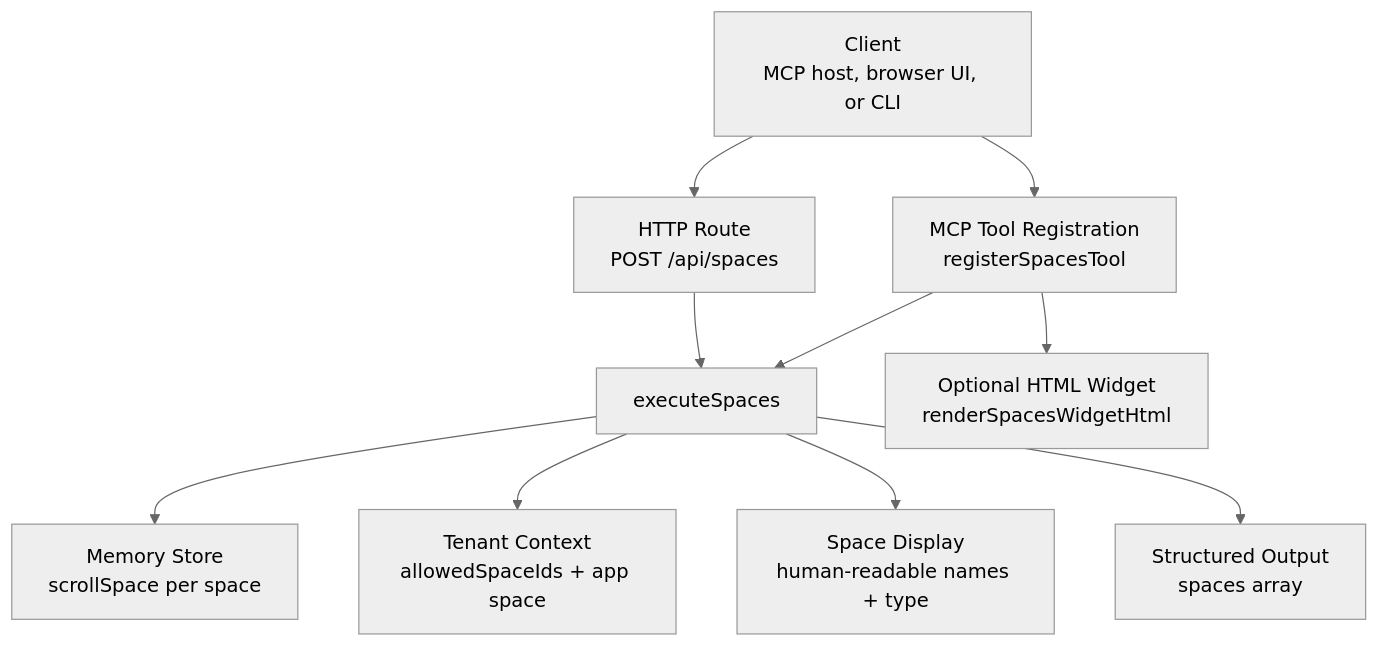
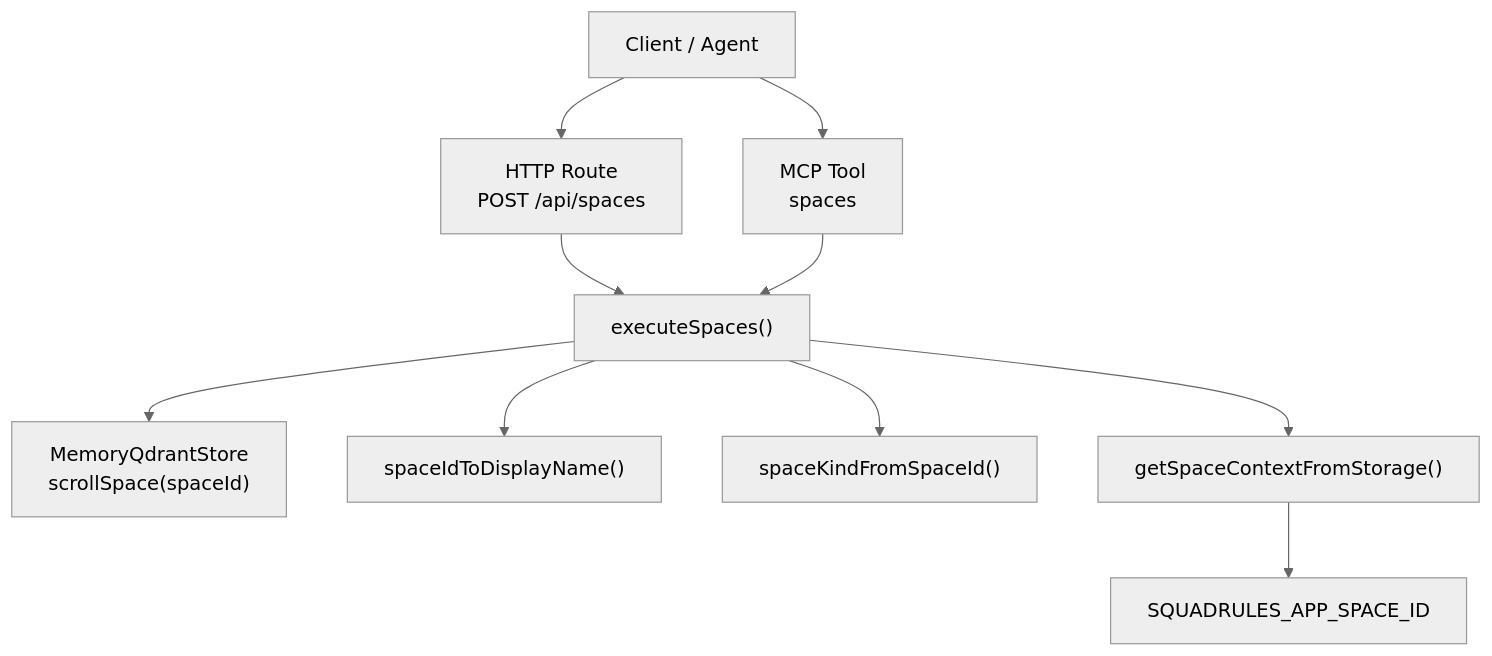
Before and after one commit to SquadRules/mcp: the first of 5 diagrams in .qoder/repowiki/en/content/MCP Tools Reference/Spaces Tool.md, drawn with Mermaid (neutral theme). The commit also changed other lines of this file and 553 other files, not shown here.

````diff
--- a/.qoder/repowiki/en/content/MCP Tools Reference/Spaces Tool.md
+++ b/.qoder/repowiki/en/content/MCP Tools Reference/Spaces Tool.md
@@ -53,12 +44,12 @@
 ```mermaid
 graph TB
-Client["Client<br/>MCP host, browser UI, or CLI"] --> MCP["MCP Tool Registration<br/>registerSpacesTool"]
-Client --> HTTP["HTTP Route<br/>POST /api/spaces"]
-MCP --> Execute["executeSpaces"]
-HTTP --> Execute
-Execute --> Store["Memory Store<br/>scrollSpace per space"]
-Execute --> Context["Tenant Context<br/>allowedSpaceIds + app space"]
-Execute --> Display["Space Display<br/>human-readable names + type"]
-Execute --> Output["Structured Output<br/>spaces array"]
-MCP --> Widget["Optional HTML Widget<br/>renderSpacesWidgetHtml"]
+Client["Client / Agent"] --> Http["HTTP Route<br/>POST /api/spaces"]
+Client --> McpTool["MCP Tool<br/>spaces"]
+Http --> Exec["executeSpaces()"]
+McpTool --> Exec
+Exec --> Store["MemoryQdrantStore<br/>scrollSpace(spaceId)"]
+Exec --> Display["spaceIdToDisplayName()"]
+Exec --> Kind["spaceKindFromSpaceId()"]
+Exec --> Tenant["getSpaceContextFromStorage()"]
+Tenant --> Config["SQUADRULES_APP_SPACE_ID"]
 ```
````
